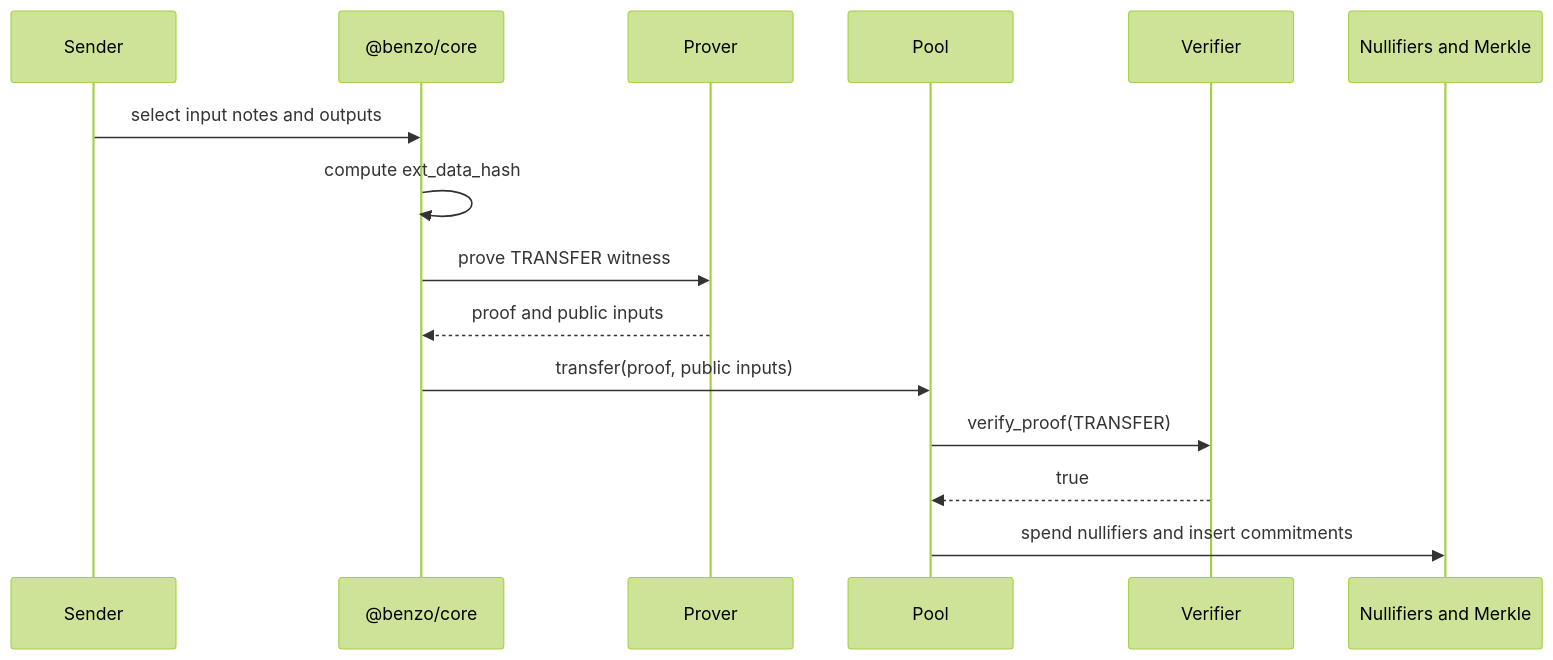
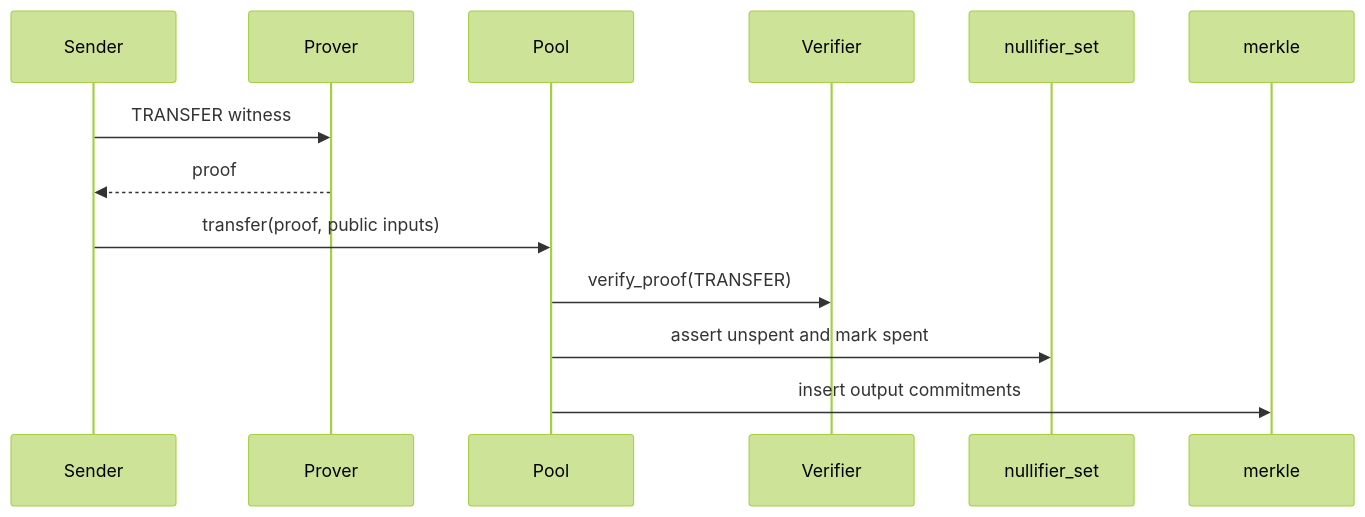
The seventh of 17 diagrams in README.md (akash-mondal/benzo), drawn with Mermaid (forest theme) before and after one commit. The commit also changed other lines of this file, not shown here.

````diff
--- a/README.md
+++ b/README.md
@@ -411,18 +217,16 @@
 ```mermaid
 sequenceDiagram
   participant Sender
-  participant Core as @benzo/core
   participant Prover
   participant Pool
   participant Verifier
-  participant State as Nullifiers and Merkle
+  participant Nulls as nullifier_set
+  participant Tree as merkle
 
-  Sender->>Core: select input notes and outputs
-  Core->>Core: compute ext_data_hash
-  Core->>Prover: prove TRANSFER witness
-  Prover-->>Core: proof and public inputs
-  Core->>Pool: transfer(proof, public inputs)
+  Sender->>Prover: TRANSFER witness
+  Prover-->>Sender: proof
+  Sender->>Pool: transfer(proof, public inputs)
   Pool->>Verifier: verify_proof(TRANSFER)
-  Verifier-->>Pool: true
-  Pool->>State: spend nullifiers and insert commitments
+  Pool->>Nulls: assert unspent and mark spent
+  Pool->>Tree: insert output commitments
 ```
````
